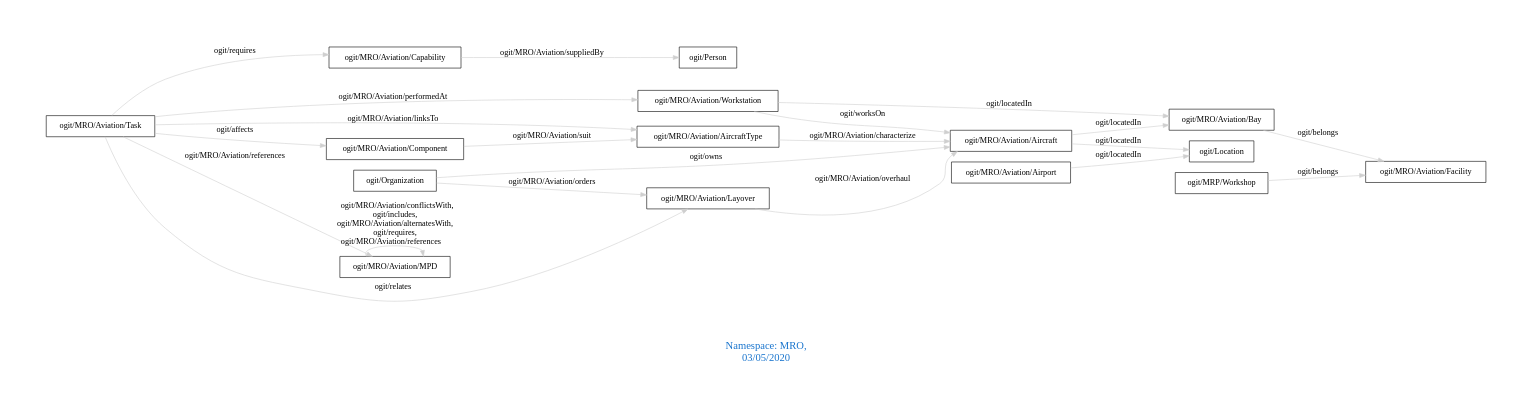
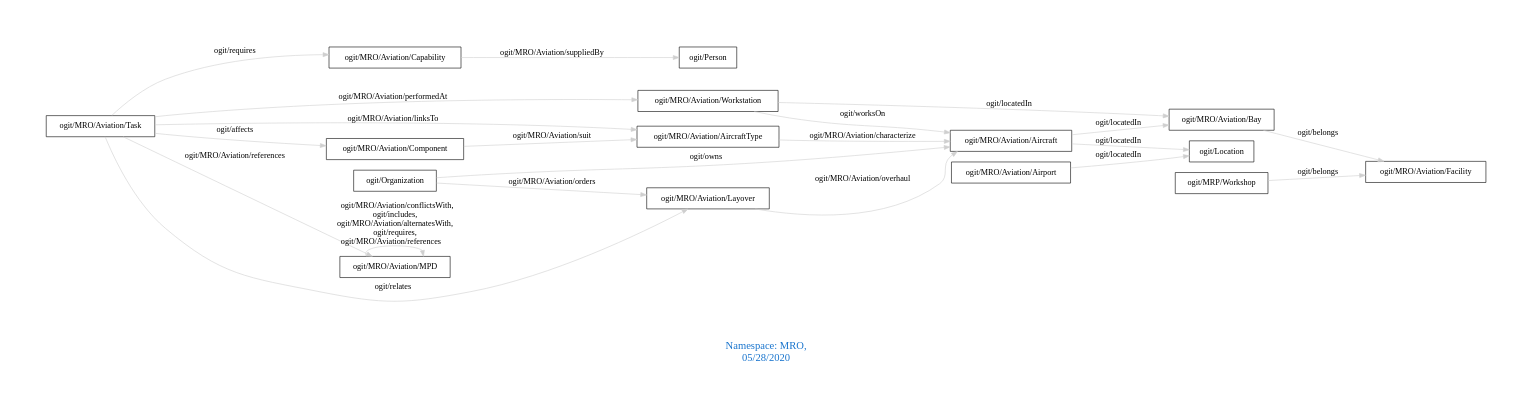
One commit to arago/OGIT changed the diagram in downloads/MRO.dot. Above: the diagram before and after it, drawn with Graphviz. The commit also changed 1715 other files, not shown here.

```diff
--- a/downloads/MRO.dot
+++ b/downloads/MRO.dot
@@ -1,28 +1,28 @@
 digraph OGIT_ontology {
  graph [ rankdir= LR,pad=1 
 fontsize = 18,
-fontcolor= dodgerblue3,label = "\n\n\nNamespace: MRO, \n 03/05/2020"];
+fontcolor= dodgerblue3,label = "\n\n\nNamespace: MRO, \n 05/28/2020"];
 node[shape=polygon];
 edge [  color="gray81"];
 
    "ogit/MRO/Aviation/Capability" -> "ogit/Person" [label="   ogit/MRO/Aviation/suppliedBy    "];
    "ogit/MRO/Aviation/Workstation" -> "ogit/MRO/Aviation/Aircraft" [label="   ogit/worksOn    "];
    "ogit/MRO/Aviation/Task" -> "ogit/MRO/Aviation/AircraftType" [label="   ogit/MRO/Aviation/linksTo    "];
    "ogit/MRO/Aviation/Layover" -> "ogit/MRO/Aviation/Aircraft" [label="   ogit/MRO/Aviation/overhaul    "];
    "ogit/MRO/Aviation/Aircraft" -> "ogit/Location" [label="   ogit/locatedIn    "];
    "ogit/MRO/Aviation/Aircraft" -> "ogit/MRO/Aviation/Bay" [label="   ogit/locatedIn    "];
    "ogit/MRO/Aviation/Airport" -> "ogit/Location" [label="   ogit/locatedIn    "];
    "ogit/MRO/Aviation/Workstation" -> "ogit/MRO/Aviation/Bay" [label="   ogit/locatedIn    "];
    "ogit/MRO/Aviation/Task" -> "ogit/MRO/Aviation/Component" [label="   ogit/affects    "];
    "ogit/MRO/Aviation/AircraftType" -> "ogit/MRO/Aviation/Aircraft" [label="   ogit/MRO/Aviation/characterize    "];
    "ogit/MRO/Aviation/Task" -> "ogit/MRO/Aviation/Capability" [label="   ogit/requires    "];
    "ogit/Organization" -> "ogit/MRO/Aviation/Aircraft" [label="   ogit/owns    "];
    "ogit/MRO/Aviation/Task" -> "ogit/MRO/Aviation/Workstation" [label="   ogit/MRO/Aviation/performedAt    "];
    "ogit/MRO/Aviation/Bay" -> "ogit/MRO/Aviation/Facility" [label="   ogit/belongs    "];
    "ogit/MRP/Workshop" -> "ogit/MRO/Aviation/Facility" [label="   ogit/belongs    "];
    "ogit/MRO/Aviation/Task" -> "ogit/MRO/Aviation/MPD" [label="   ogit/MRO/Aviation/references    "];
    "ogit/MRO/Aviation/Component" -> "ogit/MRO/Aviation/AircraftType" [label="   ogit/MRO/Aviation/suit    "];
    "ogit/MRO/Aviation/Task" -> "ogit/MRO/Aviation/Layover" [label="   ogit/relates    "];
    "ogit/Organization" -> "ogit/MRO/Aviation/Layover" [label="   ogit/MRO/Aviation/orders    "];
    "ogit/MRO/Aviation/MPD" -> "ogit/MRO/Aviation/MPD" [label="   ogit/MRO/Aviation/conflictsWith, \n ogit/includes, \n ogit/MRO/Aviation/alternatesWith, \n ogit/requires, \n ogit/MRO/Aviation/references    "];
 }
```
